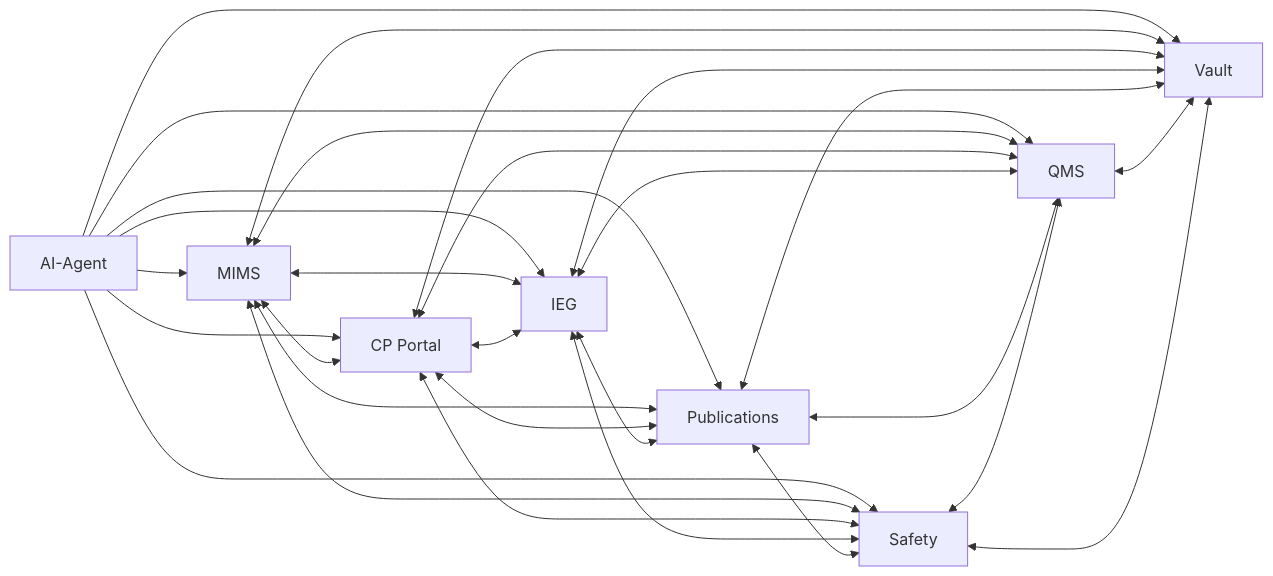
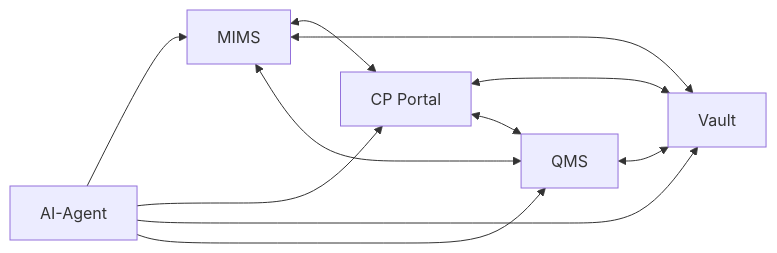
Before and after one commit to RohithKarne/pharaxis-one: the second of 2 diagrams in docs/ARCHITECTURE.md, drawn with Mermaid. The commit also changed other lines of this file and 5 other files, not shown here.

````diff
--- a/docs/ARCHITECTURE.md
+++ b/docs/ARCHITECTURE.md
@@ -45,34 +36,14 @@
 ```mermaid
 flowchart LR
   AI["AI-Agent"] --> MIMS["MIMS"]
   AI --> CP["CP Portal"]
-  AI --> IEG["IEG"]
-  AI --> PUB["Publications"]
   AI --> V["Vault"]
   AI --> Q["QMS"]
-  AI --> S["Safety"]
 
   MIMS <--> CP
-  MIMS <--> IEG
-  MIMS <--> PUB
-  CP <--> IEG
-  CP <--> PUB
-  IEG <--> PUB
-
   MIMS <--> V
   MIMS <--> Q
-  MIMS <--> S
   CP <--> V
   CP <--> Q
-  CP <--> S
-  IEG <--> V
-  IEG <--> Q
-  IEG <--> S
-  PUB <--> V
-  PUB <--> Q
-  PUB <--> S
-
   Q <--> V
-  S <--> V
-  S <--> Q
 ```
````
